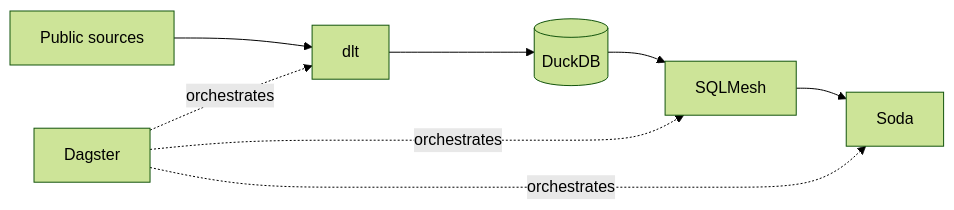
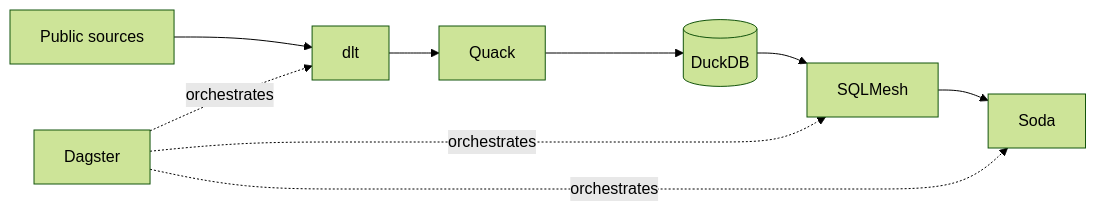
The first of 2 diagrams in README.md (Doctacon/databox), drawn with Mermaid (forest theme) before and after one commit. The commit also changed other lines of this file, not shown here.

Commit message:
docs(readme): enhance quickstart and reflect quack integration

````diff
--- a/README.md
+++ b/README.md
@@ -11,8 +12,8 @@
 ```mermaid
 flowchart LR
-    sources[Public sources] --> dlt[dlt] --> duckdb[(DuckDB)]
+    sources[Public sources] --> dlt[dlt] --> quack[Quack] --> duckdb[(DuckDB)]
     duckdb --> sqlmesh[SQLMesh] --> soda[Soda]
     dagster[Dagster] -. orchestrates .-> dlt
     dagster -. orchestrates .-> sqlmesh
     dagster -. orchestrates .-> soda
 ```
````
